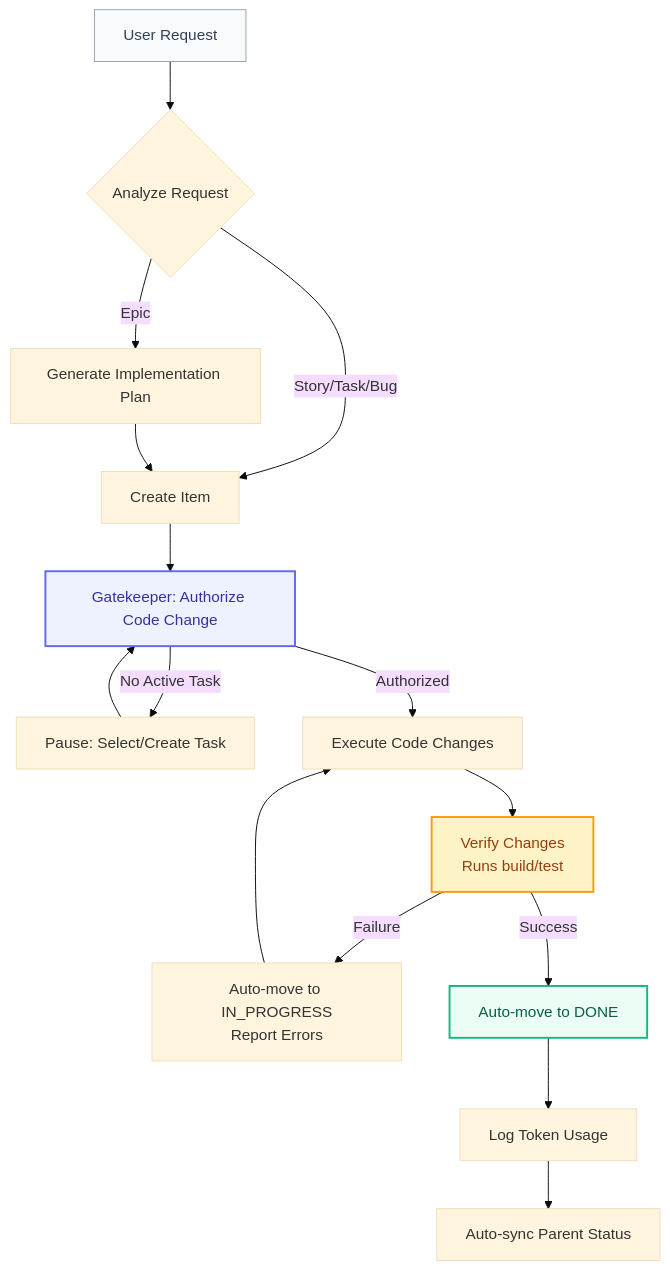
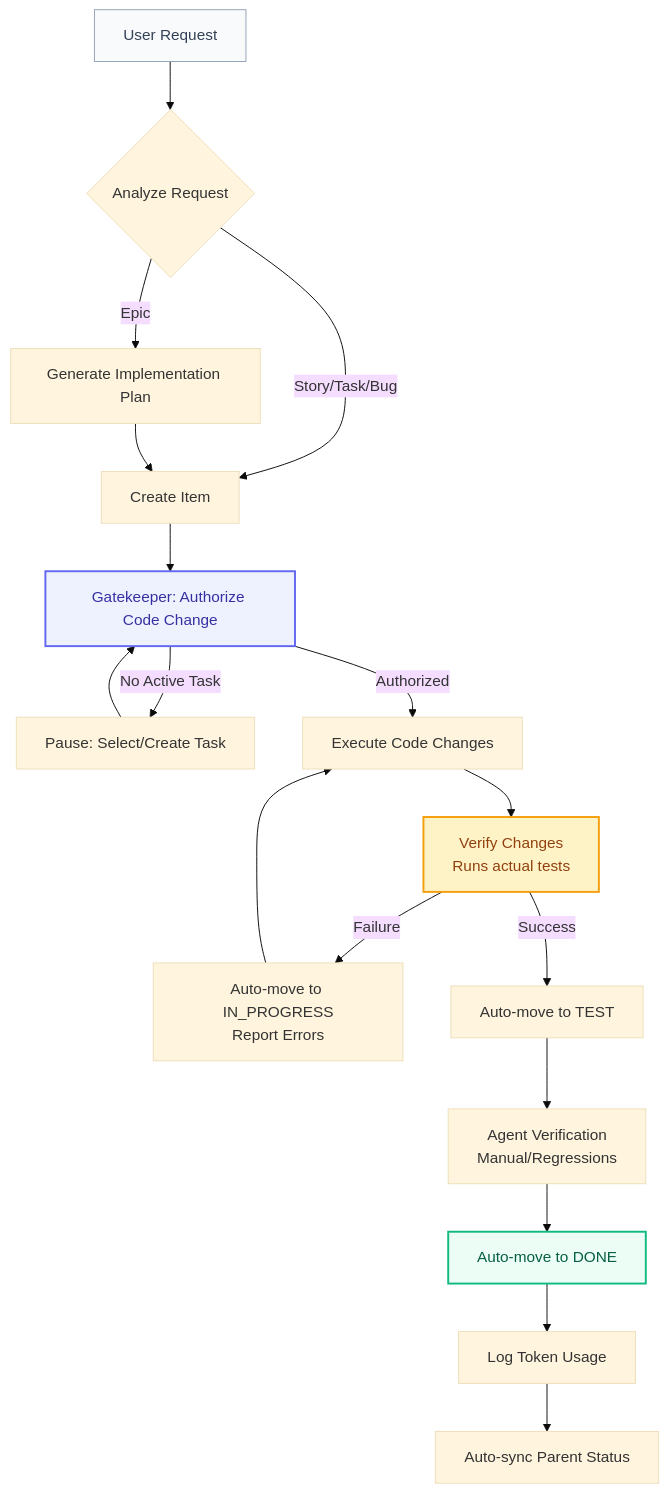
Before and after one commit to cglab-public/agenfk: the diagram in README.md, drawn with Mermaid (base theme). The commit also changed other lines of this file and 1 other file, not shown here.

````diff
--- a/README.md
+++ b/README.md
@@ -86,22 +88,24 @@
 ```mermaid
 graph TD
     A[User Request] --> B{Analyze Request}
     B -->|Epic| C[Generate Implementation Plan]
     B -->|Story/Task/Bug| D[Create Item]
     C --> D
     D --> E[Gatekeeper: Authorize Code Change]
     E -->|No Active Task| F[Pause: Select/Create Task]
     F --> E
     E -->|Authorized| G[Execute Code Changes]
-    G --> H[Verify Changes <br/>Runs build/test]
+    G --> H[Verify Changes <br/>Runs actual tests]
     H -->|Failure| I[Auto-move to IN_PROGRESS<br/>Report Errors]
     I --> G
-    H -->|Success| J[Auto-move to DONE]
-    J --> K[Log Token Usage]
-    K --> L[Auto-sync Parent Status]
+    H -->|Success| J[Auto-move to TEST]
+    J --> K[Agent Verification <br/>Manual/Regressions]
+    K --> L[Auto-move to DONE]
+    L --> M[Log Token Usage]
+    M --> N[Auto-sync Parent Status]
     
     style A fill:#f8fafc,stroke:#94a3b8,color:#334155
     style E fill:#eef2ff,stroke:#6366f1,stroke-width:2px,color:#3730a3
     style H fill:#fef3c7,stroke:#f59e0b,stroke-width:2px,color:#92400e
-    style J fill:#ecfdf5,stroke:#10b981,stroke-width:2px,color:#065f46
+    style L fill:#ecfdf5,stroke:#10b981,stroke-width:2px,color:#065f46
 ```
````
